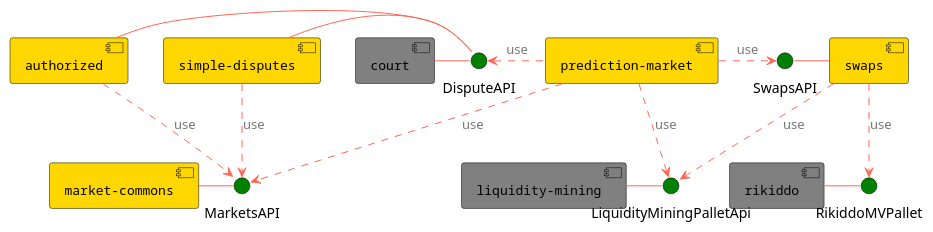
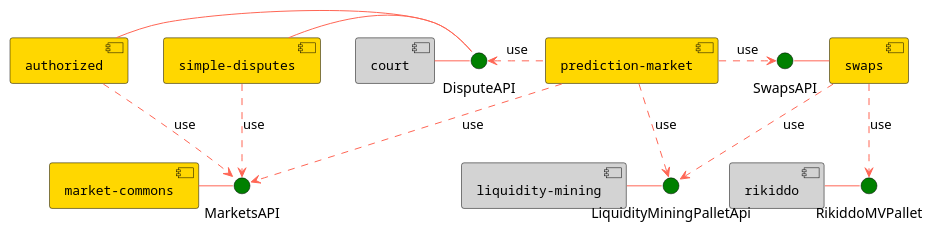
The diagram in docs/diagrams/src/high_level_component_diagram.puml (zeitgeistpm/zeitgeist), drawn with PlantUML before and after one commit. The commit also changed 6 other files, not shown here.

```diff
--- a/docs/diagrams/src/high_level_component_diagram.puml
+++ b/docs/diagrams/src/high_level_component_diagram.puml
@@ -1,46 +1,46 @@
 @startuml
 skinparam interface {
   backgroundColor Green
   borderColor black
 }
 
 skinparam component {
   FontSize 13
   FontName Courier
+  FontColor black
   BorderColor black
   BackgroundColor gold
   ArrowFontName Impact
   ArrowColor #FF6655
-  ArrowFontColor #777777
 }
 
 [prediction-market] as PM
 [authorized] as AU
 [market-commons] as MC
 [simple-disputes] as SD
-[court] as CO #Gray
+[court] as CO #Lightgray
 [swaps] as SW
-[rikiddo] as RI #Gray
-[liquidity-mining] as LM #Gray
+[rikiddo] as RI #Lightgray
+[liquidity-mining] as LM #Lightgray
 () SwapsAPI
 () MarketsAPI
 () DisputeAPI
 () RikiddoMVPallet
 () LiquidityMiningPalletApi
 
 SW -l- SwapsAPI
 MC - MarketsAPI
 AU - DisputeAPI
 SD - DisputeAPI
 CO - DisputeAPI
 LM - LiquidityMiningPalletApi
 RI -r- RikiddoMVPallet
 PM .r.> SwapsAPI : use
 PM ..> MarketsAPI : use
 PM .l.> DisputeAPI : use
 PM .d.> LiquidityMiningPalletApi : use
 AU ..> MarketsAPI : use
 SD ..> MarketsAPI : use
 SW .d.> RikiddoMVPallet : use
 SW .d.> LiquidityMiningPalletApi : use
 @enduml
```
